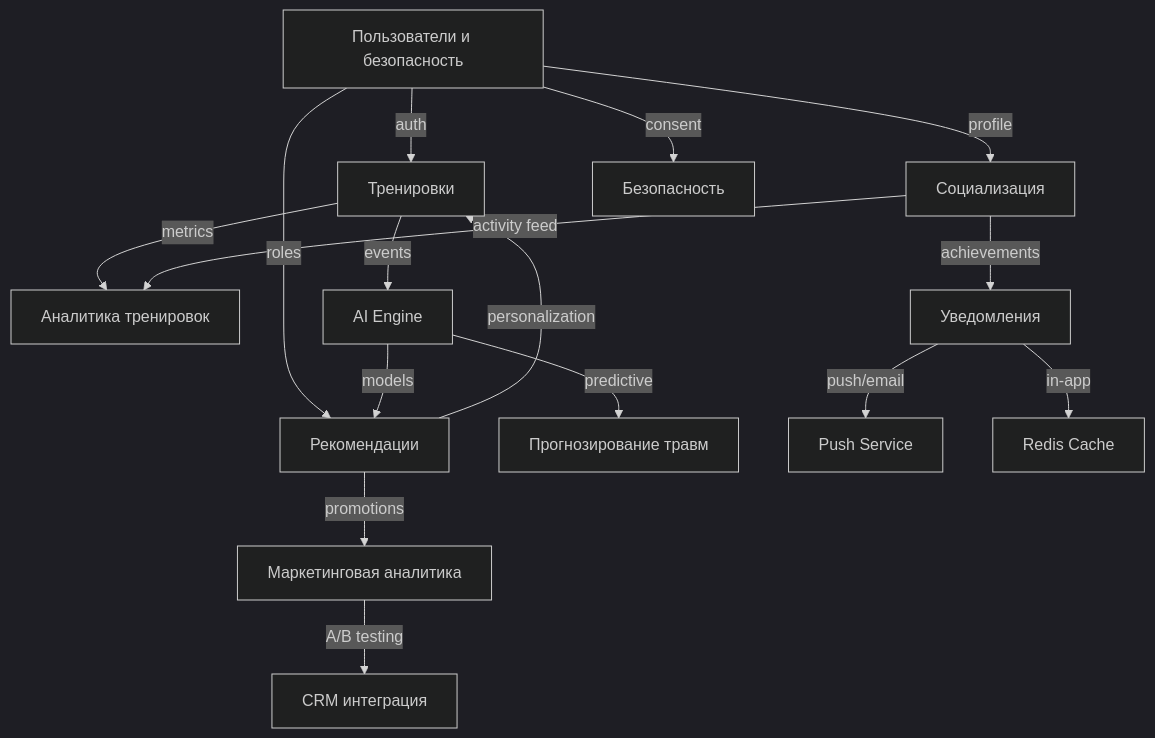
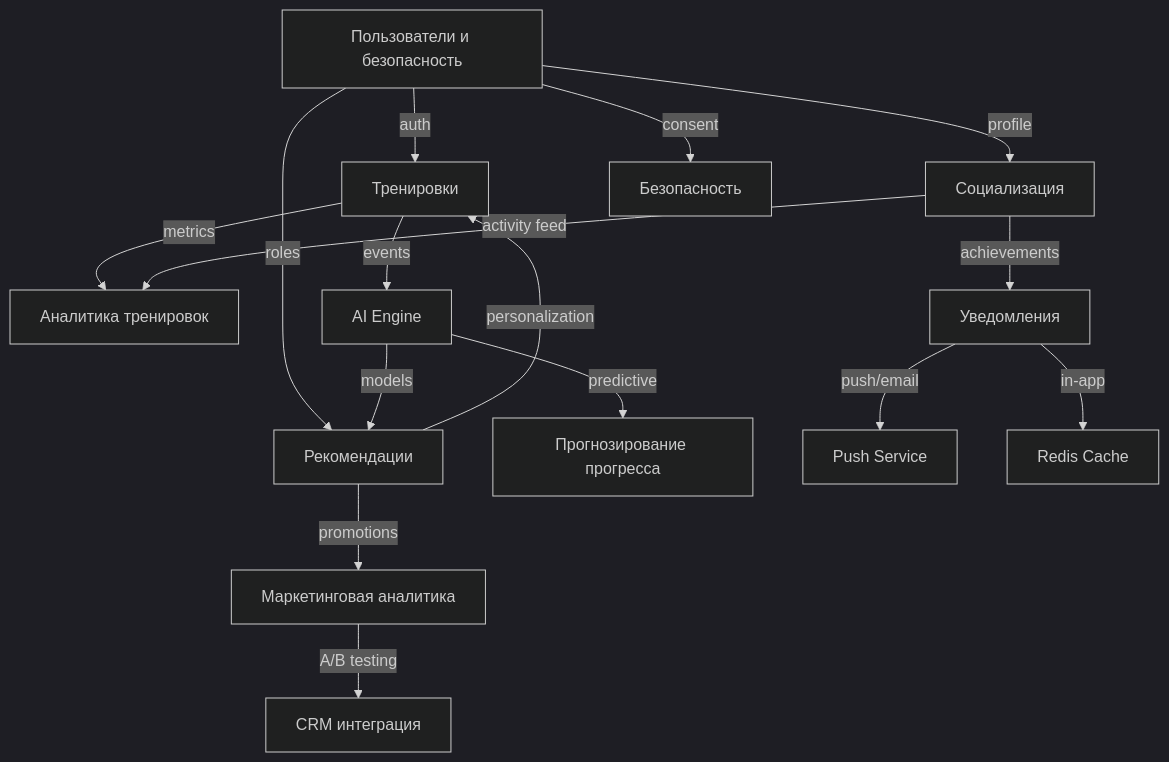
The diagram in architecture/basic-presentations/functional-representation.md (andreyantropov/architect-coursework), drawn with Mermaid (dark theme) before and after one commit. The commit also changed other lines of this file and 17 other files, not shown here.

````diff
--- a/architecture/basic-presentations/functional-representation.md
+++ b/architecture/basic-presentations/functional-representation.md
@@ -5,24 +5,24 @@
 ```mermaid
 graph TD
     A[Пользователи и безопасность] -->|auth| B[Тренировки]
     A -->|profile| C[Социализация]
     A -->|roles| D[Рекомендации]
     A -->|consent| E[Безопасность]
 
     B -->|metrics| F[Аналитика тренировок]
     B -->|events| G[AI Engine]
 
     C -->|activity feed| F
     C -->|achievements| H[Уведомления]
 
     D -->|personalization| B
     D -->|promotions| I[Маркетинговая аналитика]
 
     G -->|models| D
-    G -->|predictive| J[Прогнозирование травм]
+    G -->|predictive| J[Прогнозирование прогресса]
 
     H -->|push/email| K[Push Service]
     H -->|in-app| L[Redis Cache]
 
     I -->|A/B testing| M[CRM интеграция]
 ```
````
